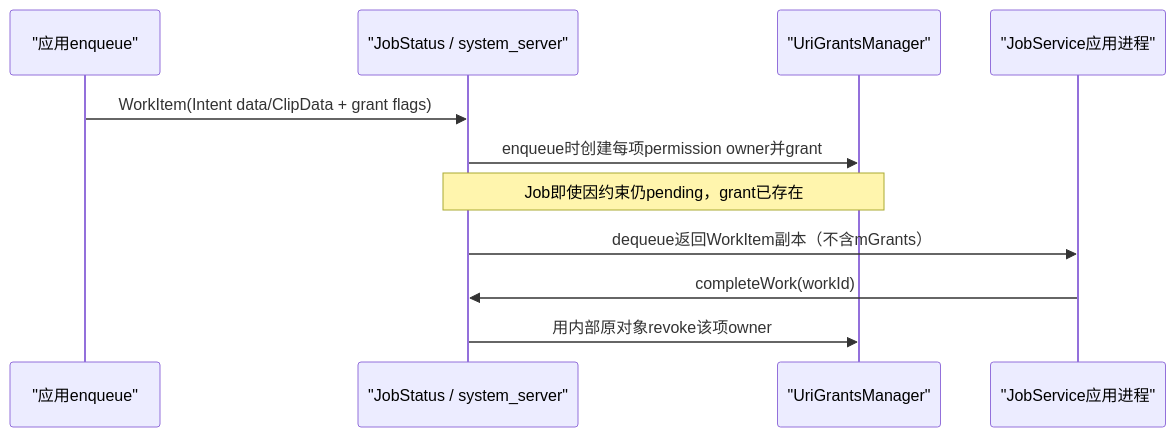
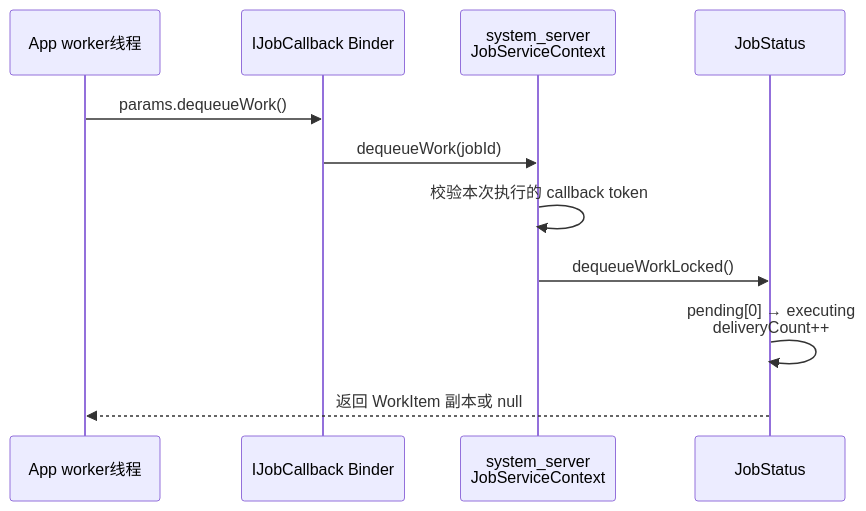
One commit to junyingzhao001/StudyNotes changed the second of 2 diagrams in Android源码学习/133-AndroidJobWorkItem工作队列入队领取确认重投与URI授权.md. Above: the diagram before and after it, drawn with Mermaid. The commit also changed other lines of this file and 93 other files, not shown here.

````diff
--- a/Android源码学习/133-AndroidJobWorkItem工作队列入队领取确认重投与URI授权.md
+++ b/Android源码学习/133-AndroidJobWorkItem工作队列入队领取确认重投与URI授权.md
@@ -907,14 +241,14 @@
 ```mermaid
 sequenceDiagram
-    participant A as "应用enqueue"
-    participant J as "JobStatus / system_server"
-    participant U as "UriGrantsManager"
-    participant S as "JobService应用进程"
+    participant W as App worker线程
+    participant B as IJobCallback Binder
+    participant J as system_server<br/>JobServiceContext
+    participant S as JobStatus
 
-    A->>J: WorkItem(Intent data/ClipData + grant flags)
-    J->>U: enqueue时创建每项permission owner并grant
-    Note over J,U: Job即使因约束仍pending，grant已存在
-    J->>S: dequeue返回WorkItem副本（不含mGrants）
-    S->>J: completeWork(workId)
-    J->>U: 用内部原对象revoke该项owner
+    W->>B: params.dequeueWork()
+    B->>J: dequeueWork(jobId)
+    J->>J: 校验本次执行的 callback token
+    J->>S: dequeueWorkLocked()
+    S->>S: pending[0] → executing<br/>deliveryCount++
+    S-->>W: 返回 WorkItem 副本或 null
 ```
````
